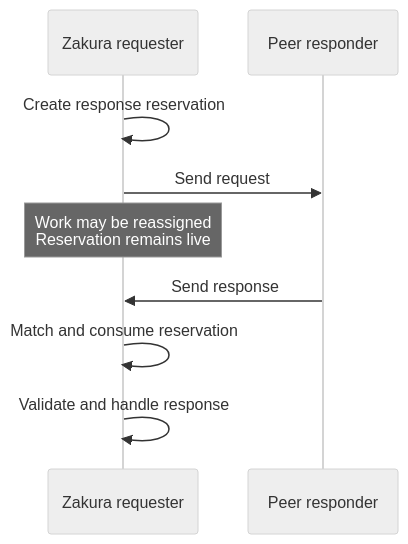
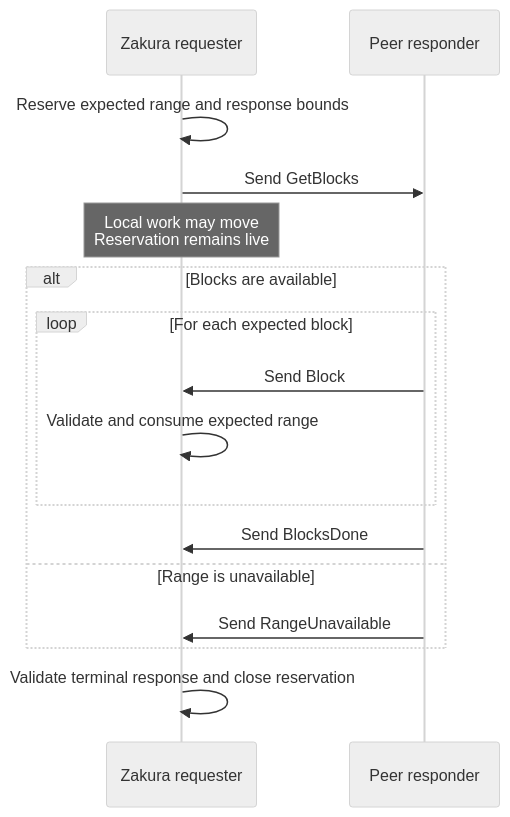
The second of 2 diagrams in docs/design/peer-message-regulation.md (zakura-core/zakura), drawn with Mermaid (neutral theme) before and after one commit. The commit also changed other lines of this file, not shown here.

````diff
--- a/docs/design/peer-message-regulation.md
+++ b/docs/design/peer-message-regulation.md
@@ -63,11 +88,18 @@
 ```mermaid
 sequenceDiagram
     participant Z as Zakura requester
     participant P as Peer responder
-    Z->>Z: Create response reservation
-    Z->>P: Send request
-    Note over Z: Work may be reassigned<br/>Reservation remains live
-    P->>Z: Send response
-    Z->>Z: Match and consume reservation
-    Z->>Z: Validate and handle response
+    Z->>Z: Reserve expected range and response bounds
+    Z->>P: Send GetBlocks
+    Note over Z: Local work may move<br/>Reservation remains live
+    alt Blocks are available
+        loop For each expected block
+            P->>Z: Send Block
+            Z->>Z: Validate and consume expected range
+        end
+        P->>Z: Send BlocksDone
+    else Range is unavailable
+        P->>Z: Send RangeUnavailable
+    end
+    Z->>Z: Validate terminal response and close reservation
 ```
````
